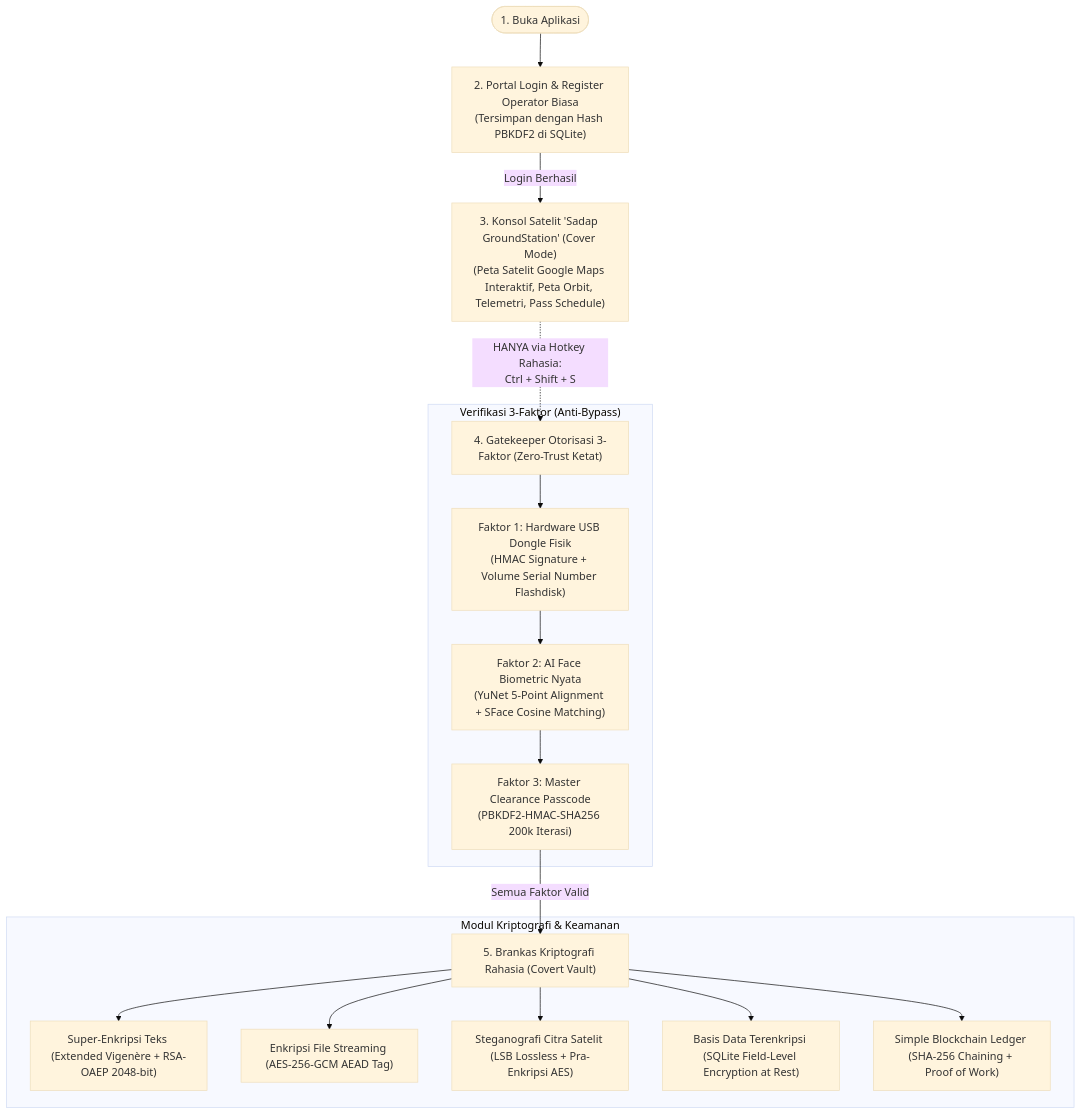
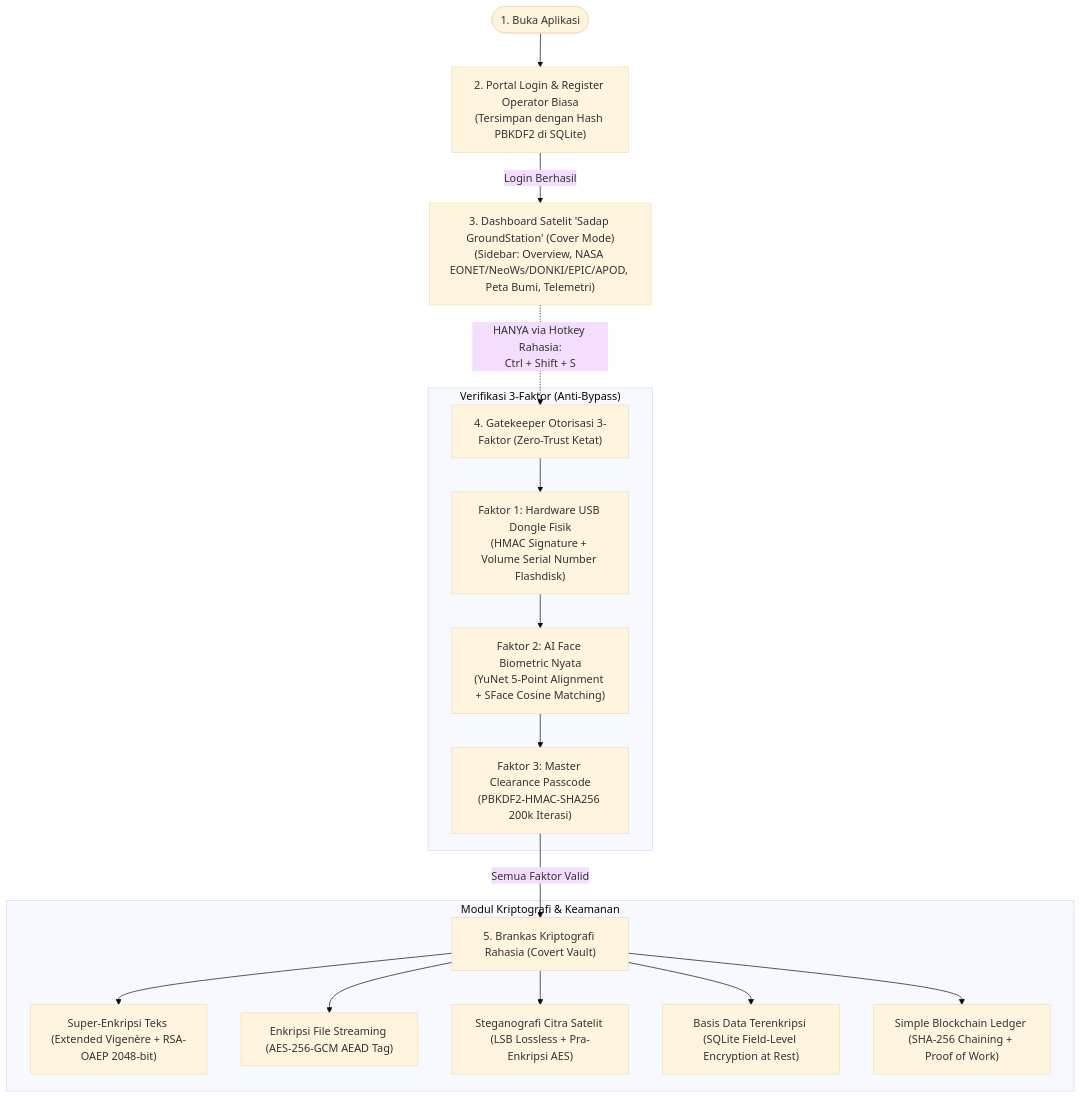
The diagram in README.md (ReinnentRZ/Sadap_Crypto_App), drawn with Mermaid (base theme) before and after one commit. The commit also changed other lines of this file and 57 other files, not shown here.

````diff
--- a/README.md
+++ b/README.md
@@ -13,23 +15,23 @@
 ```mermaid
 flowchart TD
     Start([1. Buka Aplikasi]) --> Portal["2. Portal Login & Register Operator Biasa\n(Tersimpan dengan Hash PBKDF2 di SQLite)"]
-    Portal -->|Login Berhasil| Cover["3. Konsol Satelit 'Sadap GroundStation' (Cover Mode)\n(Peta Satelit Google Maps Interaktif, Peta Orbit, Telemetri, Pass Schedule)"]
+    Portal -->|Login Berhasil| Cover["3. Dashboard Satelit 'Sadap GroundStation' (Cover Mode)\n(Sidebar: Overview, NASA EONET/NeoWs/DONKI/EPIC/APOD, Peta Bumi, Telemetri)"]
     
     Cover -.->|HANYA via Hotkey Rahasia:\nCtrl + Shift + S| Gatekeeper["4. Gatekeeper Otorisasi 3-Faktor (Zero-Trust Ketat)"]
     
     subgraph ZeroTrustGate ["Verifikasi 3-Faktor (Anti-Bypass)"]
         Gatekeeper --> F1["Faktor 1: Hardware USB Dongle Fisik\n(HMAC Signature + Volume Serial Number Flashdisk)"]
         F1 --> F2["Faktor 2: AI Face Biometric Nyata\n(YuNet 5-Point Alignment + SFace Cosine Matching)"]
         F2 --> F3["Faktor 3: Master Clearance Passcode\n(PBKDF2-HMAC-SHA256 200k Iterasi)"]
     end
     
     F3 -->|Semua Faktor Valid| SecretVault["5. Brankas Kriptografi Rahasia (Covert Vault)"]
     
     subgraph CryptoSuite ["Modul Kriptografi & Keamanan"]
         SecretVault --> M1["Super-Enkripsi Teks (Extended Vigenère + RSA-OAEP 2048-bit)"]
         SecretVault --> M2["Enkripsi File Streaming (AES-256-GCM AEAD Tag)"]
         SecretVault --> M3["Steganografi Citra Satelit (LSB Lossless + Pra-Enkripsi AES)"]
         SecretVault --> M4["Basis Data Terenkripsi (SQLite Field-Level Encryption at Rest)"]
         SecretVault --> M5["Simple Blockchain Ledger (SHA-256 Chaining + Proof of Work)"]
     end
 ```
````
